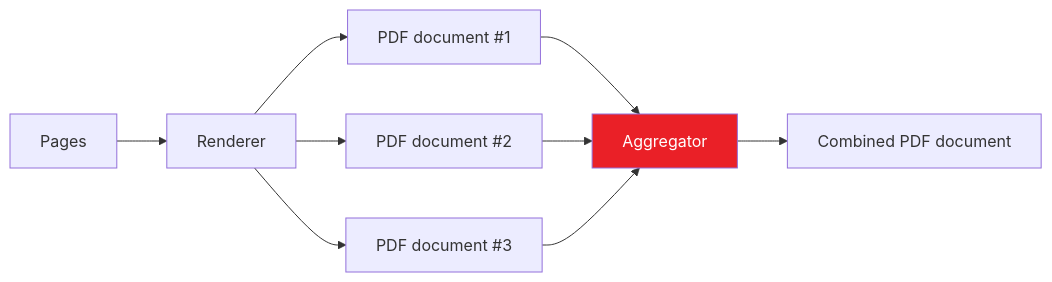
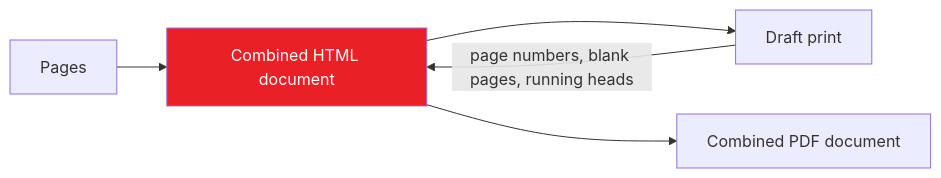
The diagram in docs/configuration/combining-pages.md (adrienbrignon/mkdocs-exporter), drawn with Mermaid before and after one commit. The commit also changed other lines of this file and 3 other files, not shown here.

First line of the commit message:
docs: describe combined documents printed as a single document

````diff
--- a/docs/configuration/combining-pages.md
+++ b/docs/configuration/combining-pages.md
@@ -5,12 +5,8 @@
 ```mermaid
 graph LR
-    A[Pages] --> B[Renderer]
-    B --> C[PDF document #1]
-    B --> D[PDF document #2]
-    B --> E[PDF document #3]
-    C --> F[Aggregator]
-    style F fill:#ea2027,color: #fff;
-    D --> F
-    E --> F
-    F --> G[Combined PDF document]
+    A[Pages] --> B[Combined HTML document]
+    style B fill:#ea2027,color: #fff;
+    B --> C[Draft print]
+    C -- page numbers, blank pages, running heads --> B
+    B --> D[Combined PDF document]
 ```
````
